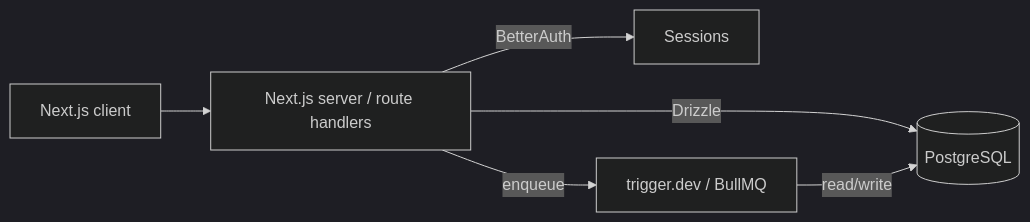
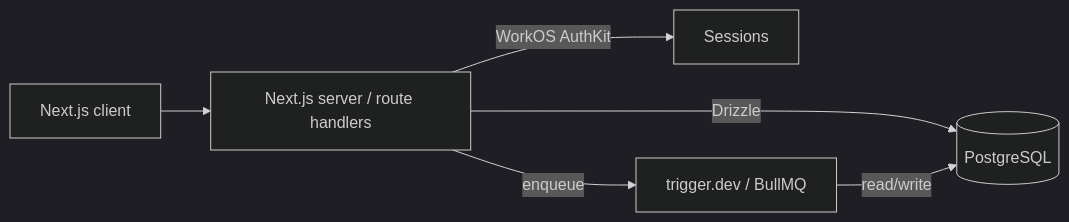
One commit to CGYCGY/autokit changed the diagram in skills/project-architect/templates/app-postgres/05-system-architecture.md. Above: the diagram before and after it, drawn with Mermaid (dark theme). The commit also changed other lines of this file and 4 other files, not shown here.

First line of the commit message:
update(skills): default project-architect auth to WorkOS

````diff
--- a/skills/project-architect/templates/app-postgres/05-system-architecture.md
+++ b/skills/project-architect/templates/app-postgres/05-system-architecture.md
@@ -5,8 +5,8 @@
 ```mermaid
 flowchart LR
   Client[Next.js client] --> Server[Next.js server / route handlers]
   Server -- Drizzle --> DB[(PostgreSQL)]
-  Server -- BetterAuth --> Auth[Sessions]
+  Server -- WorkOS AuthKit --> Auth[Sessions]
   Server -- enqueue --> Jobs[trigger.dev / BullMQ]
   Jobs -- read/write --> DB
 ```
````
